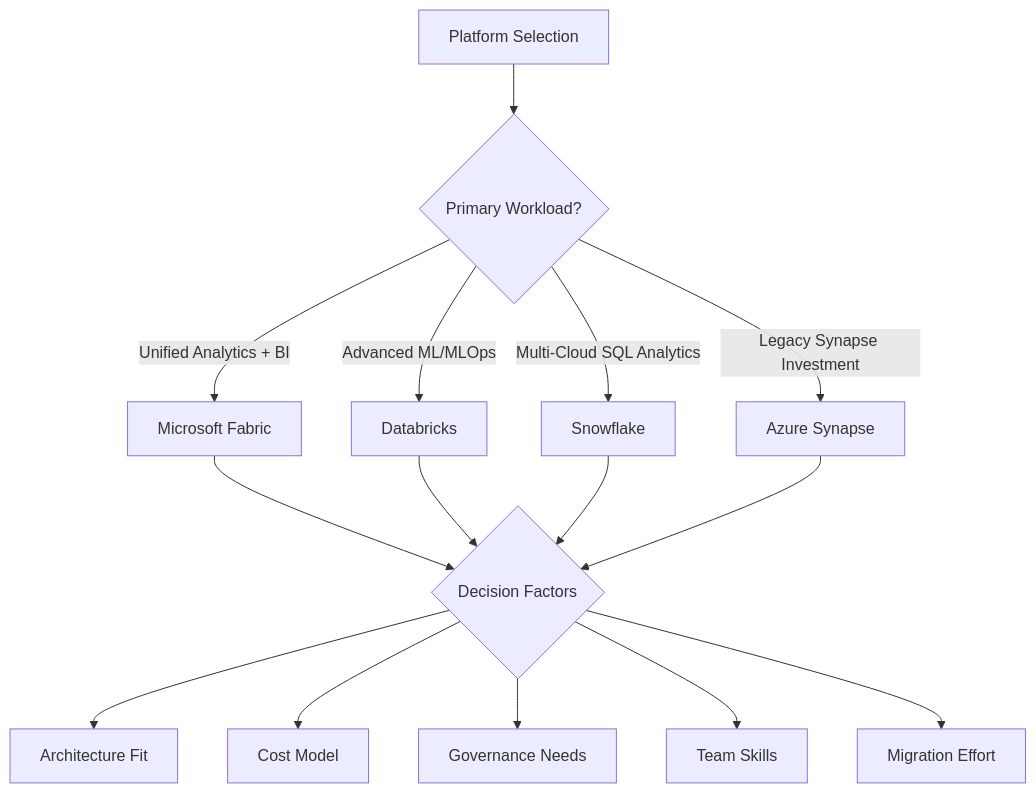
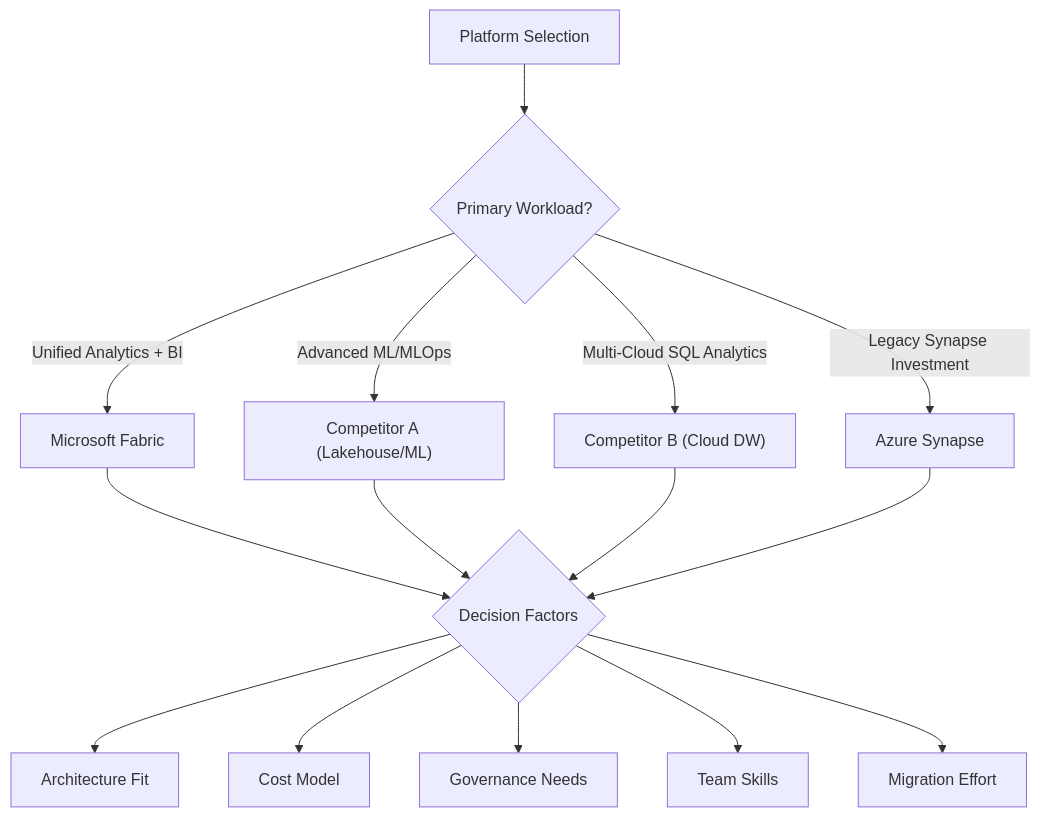
The first of 2 diagrams in docs/research/enterprise-data-platform-comparison.md (fgarofalo56/Supercharge_Microsoft_Fabric), drawn with Mermaid before and after one commit. The commit also changed other lines of this file and 109 other files, not shown here.

````diff
--- a/docs/research/enterprise-data-platform-comparison.md
+++ b/docs/research/enterprise-data-platform-comparison.md
@@ -20,19 +31,19 @@
 ```mermaid
 flowchart TD
     A[Platform Selection] --> B{Primary Workload?}
     B -->|Unified Analytics + BI| C[Microsoft Fabric]
-    B -->|Advanced ML/MLOps| D[Databricks]
-    B -->|Multi-Cloud SQL Analytics| E[Snowflake]
+    B -->|Advanced ML/MLOps| D["Competitor A (Lakehouse/ML)"]
+    B -->|Multi-Cloud SQL Analytics| E["Competitor B (Cloud DW)"]
     B -->|Legacy Synapse Investment| F[Azure Synapse]
 
     C --> G{Decision Factors}
     D --> G
     E --> G
     F --> G
 
     G --> H[Architecture Fit]
     G --> I[Cost Model]
     G --> J[Governance Needs]
     G --> K[Team Skills]
     G --> L[Migration Effort]
 ```
````
